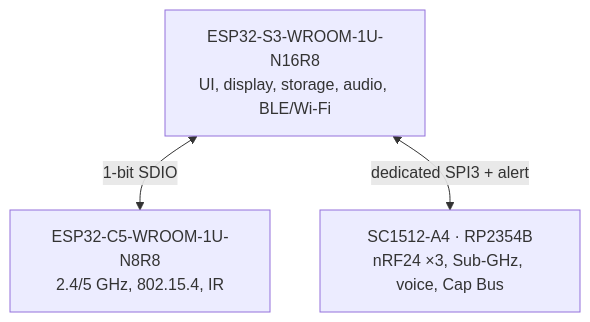
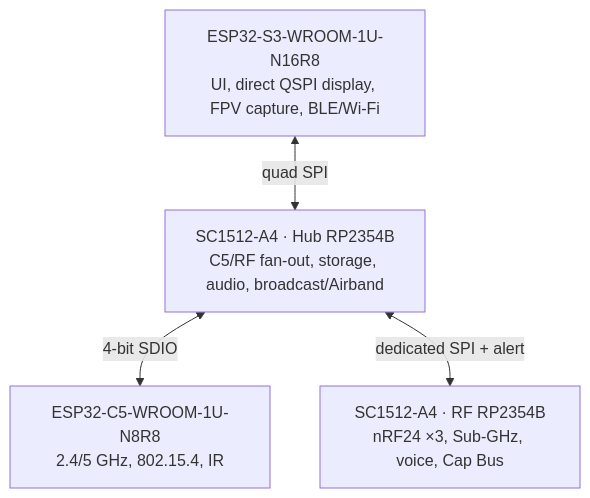
Before and after one commit to anton-vinogradov/esp32-leshy2: the diagram in docs/hardware.md, drawn with Mermaid. The commit also changed other lines of this file and 25 other files, not shown here.

````diff
--- a/docs/hardware.md
+++ b/docs/hardware.md
@@ -22,8 +26,10 @@
 ```mermaid
 flowchart TB
-  S3["ESP32-S3-WROOM-1U-N16R8<br/>UI, display, storage, audio, BLE/Wi-Fi"]
+  S3["ESP32-S3-WROOM-1U-N16R8<br/>UI, direct QSPI display, FPV capture, BLE/Wi-Fi"]
   C5["ESP32-C5-WROOM-1U-N8R8<br/>2.4/5 GHz, 802.15.4, IR"]
-  RP["SC1512-A4 · RP2354B<br/>nRF24 ×3, Sub-GHz, voice, Cap Bus"]
-  S3 <-->|"1-bit SDIO"| C5
-  S3 <-->|"dedicated SPI3 + alert"| RP
+  HUB["SC1512-A4 · Hub RP2354B<br/>C5/RF fan-out, storage, audio, broadcast/Airband"]
+  RF["SC1512-A4 · RF RP2354B<br/>nRF24 ×3, Sub-GHz, voice, Cap Bus"]
+  S3 <-->|"quad SPI"| HUB
+  HUB <-->|"4-bit SDIO"| C5
+  HUB <-->|"dedicated SPI + alert"| RF
 ```
````
